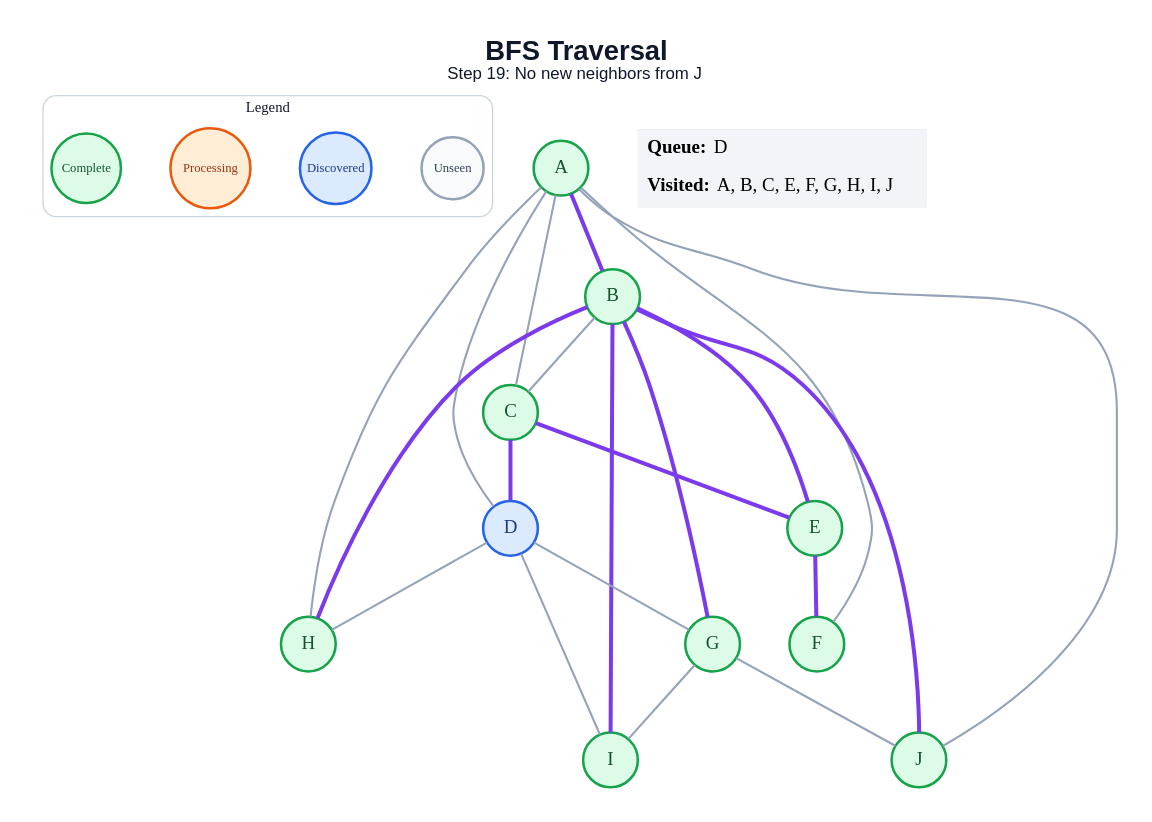
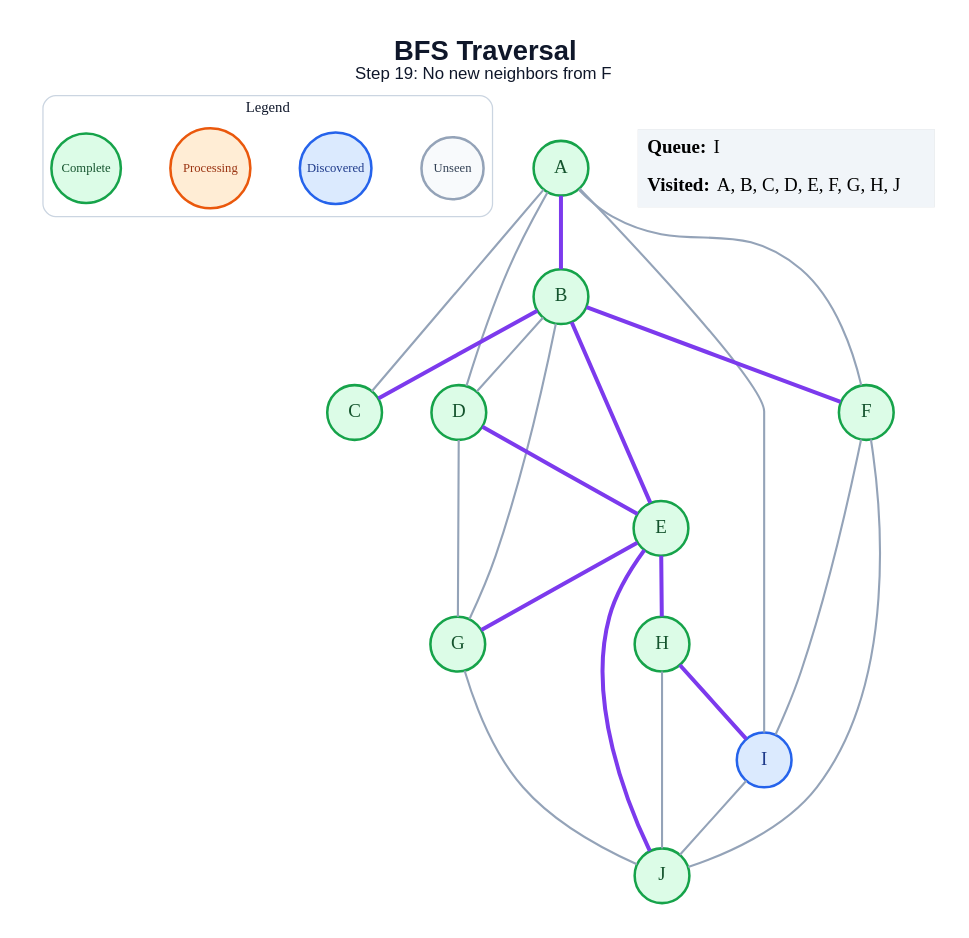
Before and after one commit to amanghodawala9/ai-slop: the diagram in generated/specific-node/bfs/step_19.dot, drawn with Graphviz. The commit also changed 178 other files, not shown here.

```diff
--- a/generated/specific-node/bfs/step_19.dot
+++ b/generated/specific-node/bfs/step_19.dot
@@ -1,49 +1,50 @@
 graph traversal {
   graph [layout=dot, rankdir=TB, bgcolor="#FFFFFF", pad="0.35", nodesep="0.65", ranksep="0.8", fontname="Arial"];
   node [shape=circle, style="filled", fontname="Arial Bold", fontsize=18, width=0.72, fixedsize=true, penwidth=2.4];
   edge [color="#94A3B8", penwidth=2.0];
-  label=<<B>BFS Traversal</B><BR/><FONT POINT-SIZE="16">Step 19: No new neighbors from J</FONT>>; labelloc="t"; fontsize=26; fontname="Arial"; fontcolor="#0F172A";
+  label=<<B>BFS Traversal</B><BR/><FONT POINT-SIZE="16">Step 19: No new neighbors from F</FONT>>; labelloc="t"; fontsize=26; fontname="Arial"; fontcolor="#0F172A";
   subgraph cluster_legend { label="Legend"; color="#CBD5E1"; penwidth=1.2; style="rounded"; fontsize=14; fontname="Arial Bold";
     key_unseen [label="Unseen", fillcolor="#F8FAFC", color="#94A3B8", fontcolor="#334155", fontsize=12, width=0.82];
     key_frontier [label="Discovered", fillcolor="#DBEAFE", color="#2563EB", fontcolor="#1E3A8A", fontsize=12, width=0.95];
     key_current [label="Processing", fillcolor="#FFEDD5", color="#EA580C", fontcolor="#9A3412", fontsize=12, width=1.05];
     key_done [label="Complete", fillcolor="#DCFCE7", color="#16A34A", fontcolor="#14532D", fontsize=12, width=0.92];
     { rank=same; key_unseen; key_frontier; key_current; key_done; }
   }
   A [fillcolor="#DCFCE7", color="#16A34A", fontcolor="#14532D"];
   B [fillcolor="#DCFCE7", color="#16A34A", fontcolor="#14532D"];
   C [fillcolor="#DCFCE7", color="#16A34A", fontcolor="#14532D"];
-  D [fillcolor="#DBEAFE", color="#2563EB", fontcolor="#1E3A8A"];
+  D [fillcolor="#DCFCE7", color="#16A34A", fontcolor="#14532D"];
   E [fillcolor="#DCFCE7", color="#16A34A", fontcolor="#14532D"];
   F [fillcolor="#DCFCE7", color="#16A34A", fontcolor="#14532D"];
   G [fillcolor="#DCFCE7", color="#16A34A", fontcolor="#14532D"];
   H [fillcolor="#DCFCE7", color="#16A34A", fontcolor="#14532D"];
-  I [fillcolor="#DCFCE7", color="#16A34A", fontcolor="#14532D"];
+  I [fillcolor="#DBEAFE", color="#2563EB", fontcolor="#1E3A8A"];
   J [fillcolor="#DCFCE7", color="#16A34A", fontcolor="#14532D"];
   A -- B [color="#7C3AED", penwidth=3.8];
   A -- C;
   A -- D;
   A -- F;
-  A -- H;
-  A -- J;
-  B -- C;
+  A -- I;
+  B -- C [color="#7C3AED", penwidth=3.8];
+  B -- D;
   B -- E [color="#7C3AED", penwidth=3.8];
-  B -- G [color="#7C3AED", penwidth=3.8];
-  B -- H [color="#7C3AED", penwidth=3.8];
-  B -- I [color="#7C3AED", penwidth=3.8];
-  B -- J [color="#7C3AED", penwidth=3.8];
-  C -- D [color="#7C3AED", penwidth=3.8];
-  C -- E [color="#7C3AED", penwidth=3.8];
+  B -- F [color="#7C3AED", penwidth=3.8];
+  B -- G;
+  D -- E [color="#7C3AED", penwidth=3.8];
   D -- G;
-  D -- H;
-  D -- I;
-  E -- F [color="#7C3AED", penwidth=3.8];
-  G -- I;
+  E -- G [color="#7C3AED", penwidth=3.8];
+  E -- H [color="#7C3AED", penwidth=3.8];
+  E -- J [color="#7C3AED", penwidth=3.8];
+  F -- I;
+  F -- J;
   G -- J;
+  H -- I [color="#7C3AED", penwidth=3.8];
+  H -- J;
+  I -- J;
   status [shape=plain, fixedsize=false, width=0, height=0, margin=0, label=<
     <TABLE BORDER="0" CELLBORDER="0" CELLPADDING="7" BGCOLOR="#F1F5F9">
-      <TR><TD ALIGN="LEFT"><B>Queue:</B> D</TD></TR>
-      <TR><TD ALIGN="LEFT"><B>Visited:</B> A, B, C, E, F, G, H, I, J</TD></TR>
+      <TR><TD ALIGN="LEFT"><B>Queue:</B> I</TD></TR>
+      <TR><TD ALIGN="LEFT"><B>Visited:</B> A, B, C, D, E, F, G, H, J</TD></TR>
     </TABLE>
   >];
 }
```
